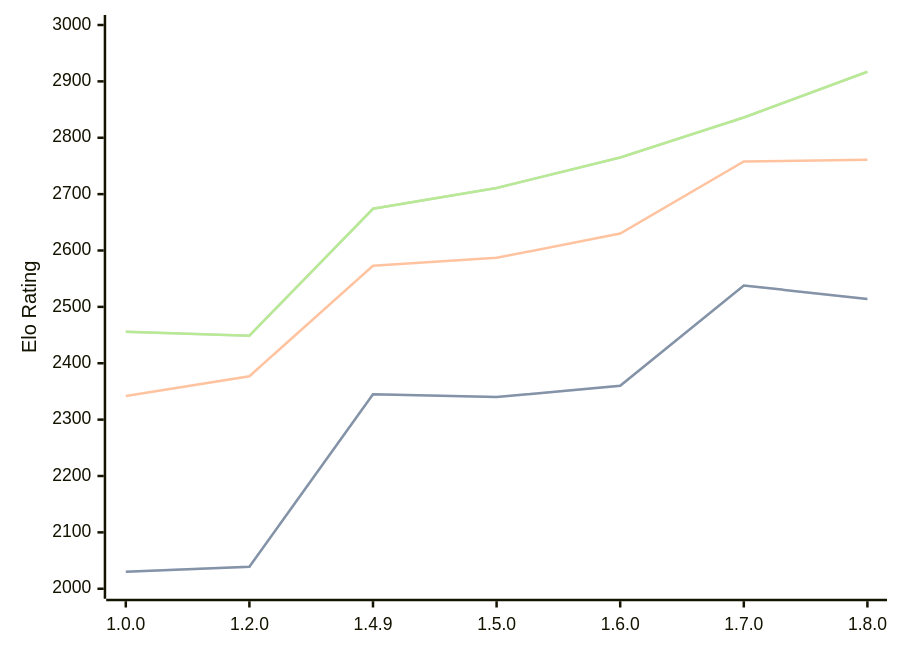
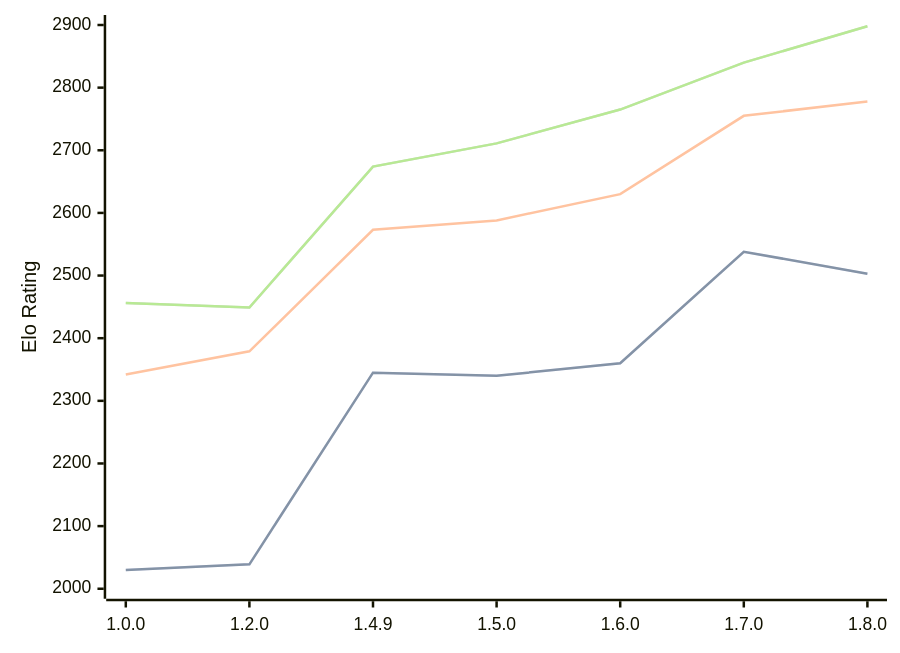
The third of 3 diagrams in engines/Basilisk.md (computer-chess-index/cci), drawn with Mermaid before and after one commit. The commit also changed other lines of this file, not shown here.

Commit message:
Update CCI Ratings (ELO VLTC) - 2026-07-13

````diff
--- a/engines/Basilisk.md
+++ b/engines/Basilisk.md
@@ -84,11 +84,11 @@
 ```mermaid
 %%{init: {"theme":"base","themeVariables":{"seriesColors:['#a3a3a3','#222221','#faa371']}}}%%
 xychart-beta
   x-axis ["1.0.0", "1.2.0", "1.4.9", "1.5.0", "1.6.0", "1.7.0", "1.8.0"]
-  y-axis "Elo Rating" 2000 --> 3000
-  line "STC (8.0+0.08s)" [2030, 2039, 2345, 2340, 2360, 2538, 2514]
-  line "STC (8.0+0.08s)" [2030, 2039, 2345, 2340, 2360, 2538, 2514]
-  line "LTC (60.0+0.60s)" [2342, 2377, 2573, 2587, 2630, 2758, 2761]
-  line "VLTC (2m24s+1.12s)" [2456, 2449, 2674, 2711, 2765, 2836, 2917]
-  line "VLTC (2m24s+1.12s)" [2456, 2449, 2674, 2711, 2765, 2836, 2917]
+  y-axis "Elo Rating" 2000 --> 2900
+  line "STC (8.0+0.08s)" [2030, 2039, 2345, 2340, 2360, 2538, 2503]
+  line "STC (8.0+0.08s)" [2030, 2039, 2345, 2340, 2360, 2538, 2503]
+  line "LTC (60.0+0.60s)" [2342, 2379, 2573, 2588, 2630, 2755, 2778]
+  line "VLTC (2m24s+1.12s)" [2456, 2449, 2674, 2711, 2765, 2840, 2898]
+  line "VLTC (2m24s+1.12s)" [2456, 2449, 2674, 2711, 2765, 2840, 2898]
 ```
````
